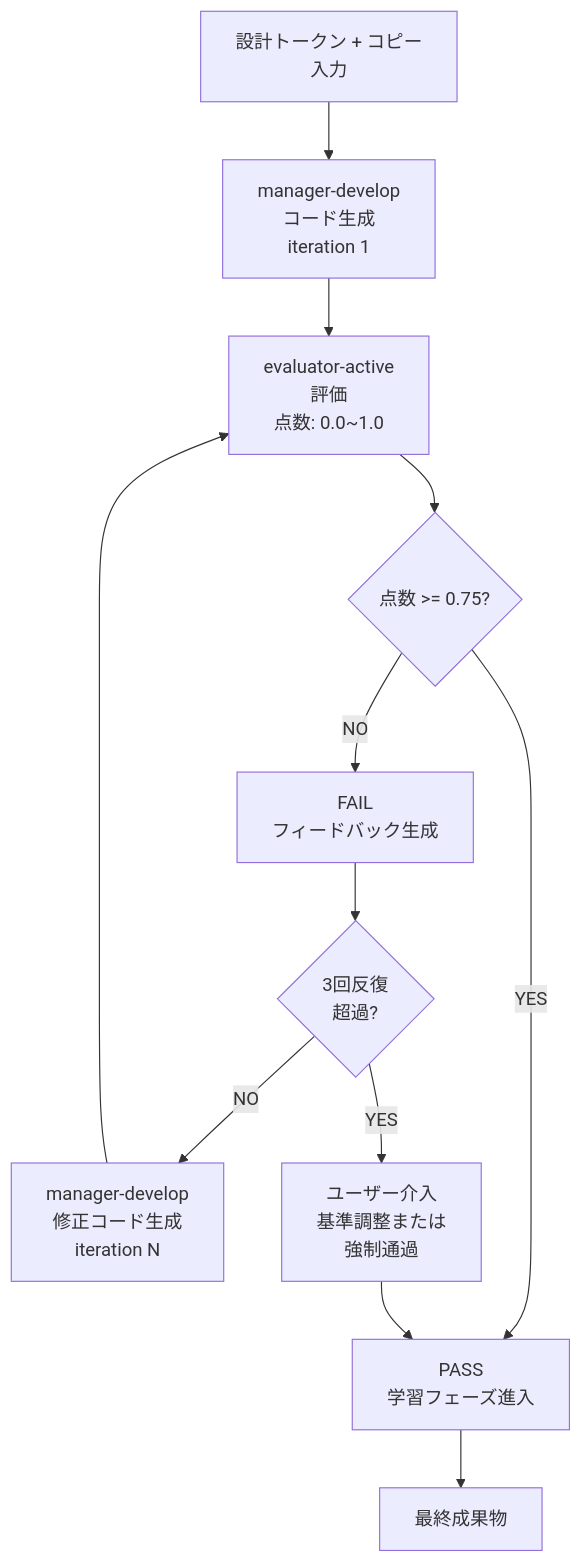
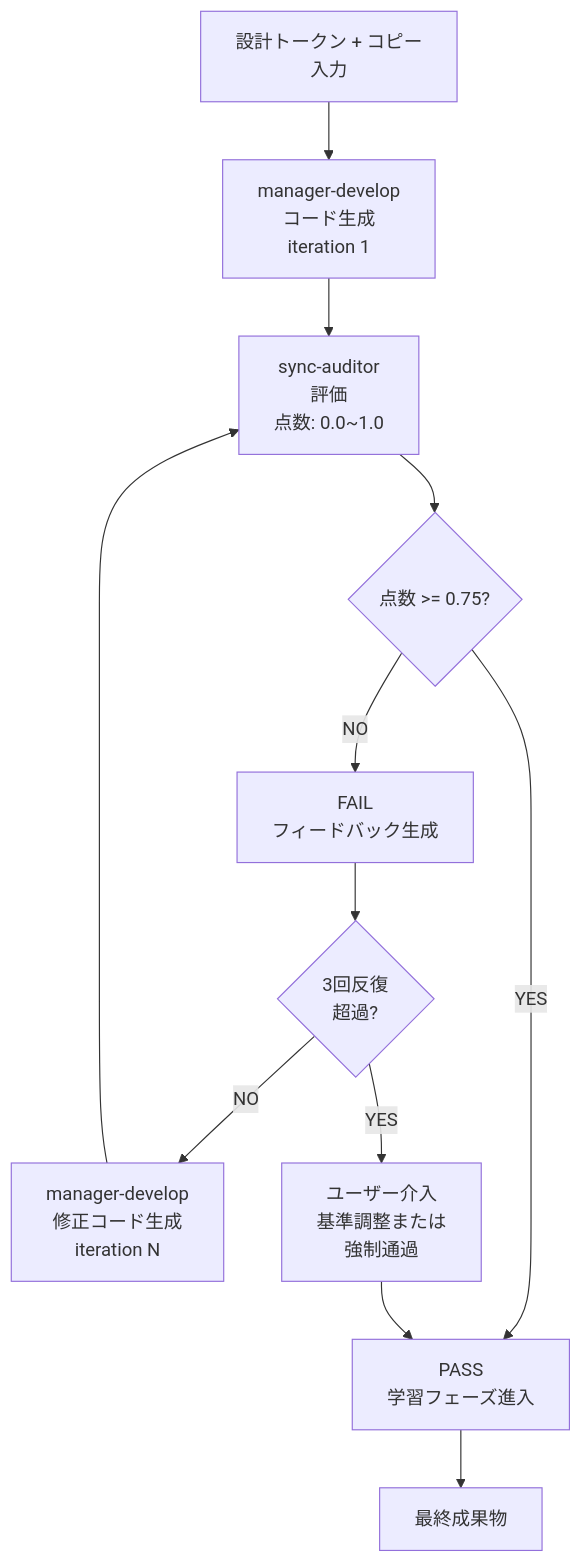
The diagram in docs-site/content/ja/design/gan-loop.md (modu-ai/moai-adk), drawn with Mermaid before and after one commit. The commit also changed other lines of this file and 149 other files, not shown here.

First line of the commit message:
chore(agents): evaluator-active를 sync-auditor로 rename (plan-auditor phase 대칭)

````diff
--- a/docs-site/content/ja/design/gan-loop.md
+++ b/docs-site/content/ja/design/gan-loop.md
@@ -14,14 +14,14 @@
 ```mermaid
 flowchart TD
     A["設計トークン + コピー<br>入力"] --> B["manager-develop<br>コード生成<br>iteration 1"]
-    B --> C["evaluator-active<br>評価<br>点数: 0.0~1.0"]
+    B --> C["sync-auditor<br>評価<br>点数: 0.0~1.0"]
     C --> D{点数 >= 0.75?}
     D -->|YES| E["PASS<br>学習フェーズ進入"]
     D -->|NO| F["FAIL<br>フィードバック生成"]
     F --> G{3回反復<br>超過?}
     G -->|NO| H["manager-develop<br>修正コード生成<br>iteration N"]
     H --> C
     G -->|YES| I["ユーザー介入<br>基準調整または<br>強制通過"]
     I --> E
     E --> J["最終成果物"]
 ```
````
